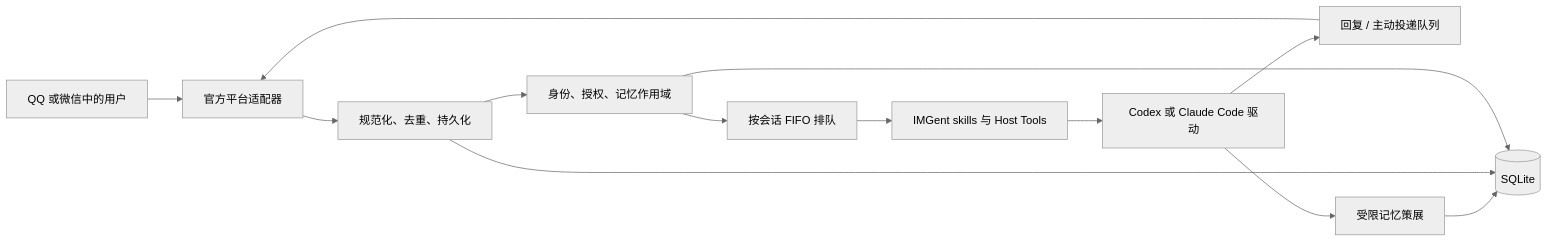
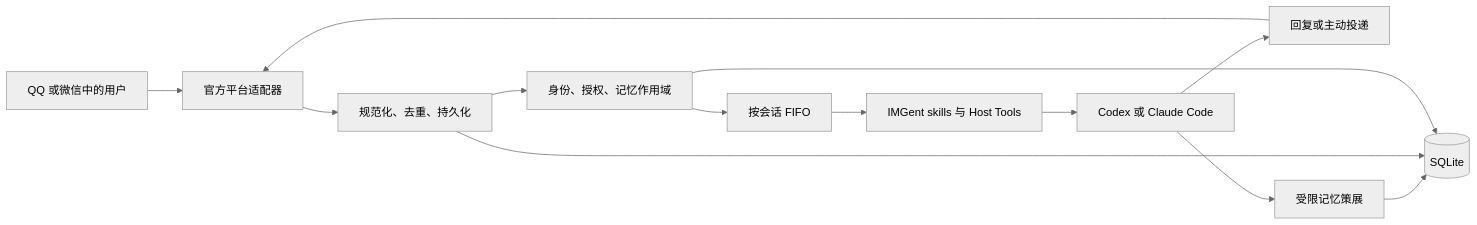
Before and after one commit to Morilence/IMGent: the first of 2 diagrams in README.zh-CN.md, drawn with Mermaid (neutral theme). The commit also changed other lines of this file and 2 other files, not shown here.

````diff
--- a/README.zh-CN.md
+++ b/README.zh-CN.md
@@ -60,15 +73,15 @@
 ```mermaid
 flowchart LR
     U["QQ 或微信中的用户"] --> A["官方平台适配器"]
     A --> N["规范化、去重、持久化"]
     N --> I["身份、授权、记忆作用域"]
-    I --> Q["按会话 FIFO 排队"]
+    I --> Q["按会话 FIFO"]
     Q --> S["IMGent skills 与 Host Tools"]
-    S --> D["Codex 或 Claude Code 驱动"]
-    D --> O["回复 / 主动投递队列"]
+    S --> D["Codex 或 Claude Code"]
+    D --> O["回复或主动投递"]
     O --> A
     D --> M["受限记忆策展"]
     M --> DB[("SQLite")]
     N --> DB
     I --> DB
 ```
````
